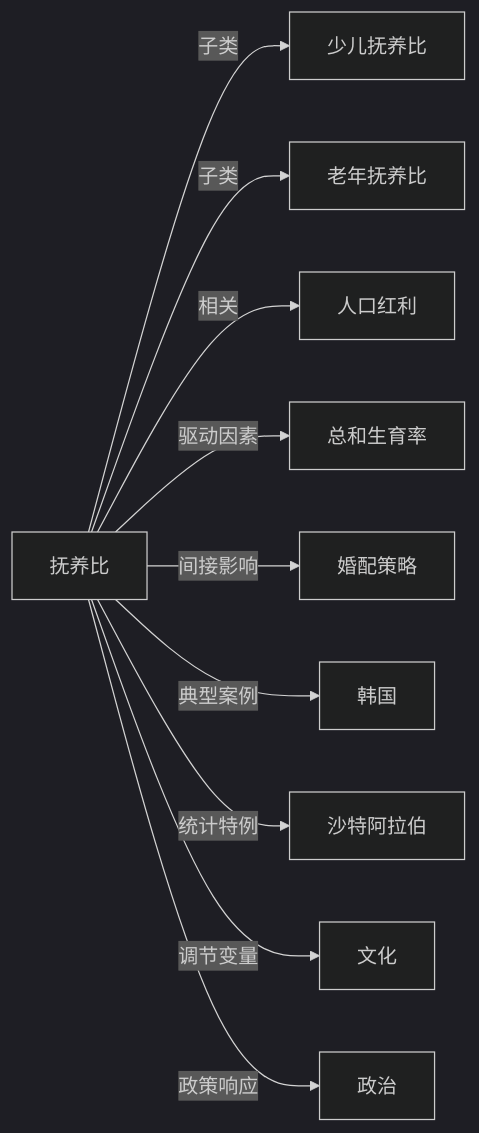
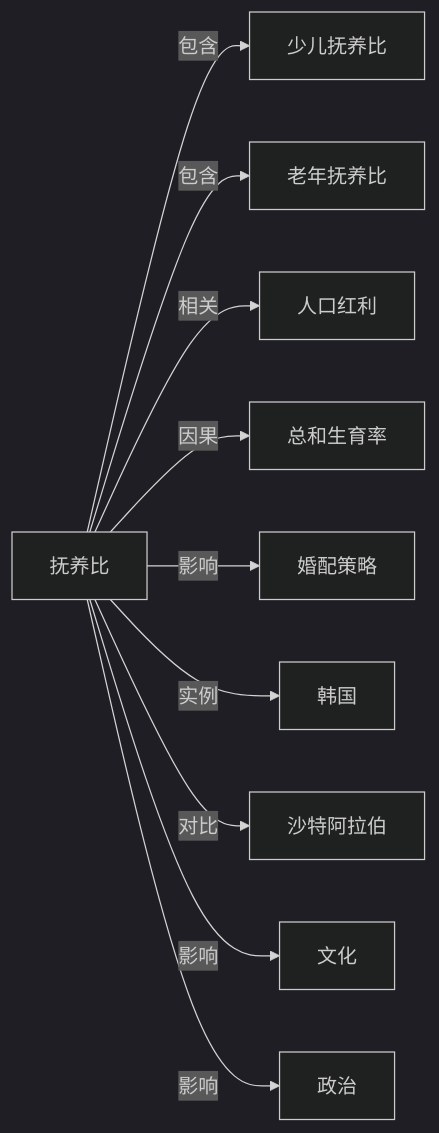
Before and after one commit to KIMMCHOW/MyKnowledge: the diagram in Knowledge/Concepts/人口学/抚养比.md, drawn with Mermaid (dark theme). The commit also changed 95 other files, not shown here.

Commit message:
reorganize: 统一关系图边标签为11类

````diff
--- a/Knowledge/Concepts/人口学/抚养比.md
+++ b/Knowledge/Concepts/人口学/抚养比.md
@@ -49,12 +49,12 @@
 ```mermaid
 graph LR
-抚养比 -->|子类| 少儿抚养比
-抚养比 -->|子类| 老年抚养比
+抚养比 -->|包含| 少儿抚养比
+抚养比 -->|包含| 老年抚养比
 抚养比 -->|相关| 人口红利
-抚养比 -->|驱动因素| 总和生育率
-抚养比 -->|间接影响| 婚配策略
-抚养比 -->|典型案例| 韩国
-抚养比 -->|统计特例| 沙特阿拉伯
-抚养比 -->|调节变量| 文化
-抚养比 -->|政策响应| 政治
+抚养比 -->|因果| 总和生育率
+抚养比 -->|影响| 婚配策略
+抚养比 -->|实例| 韩国
+抚养比 -->|对比| 沙特阿拉伯
+抚养比 -->|影响| 文化
+抚养比 -->|影响| 政治
 ```
````
